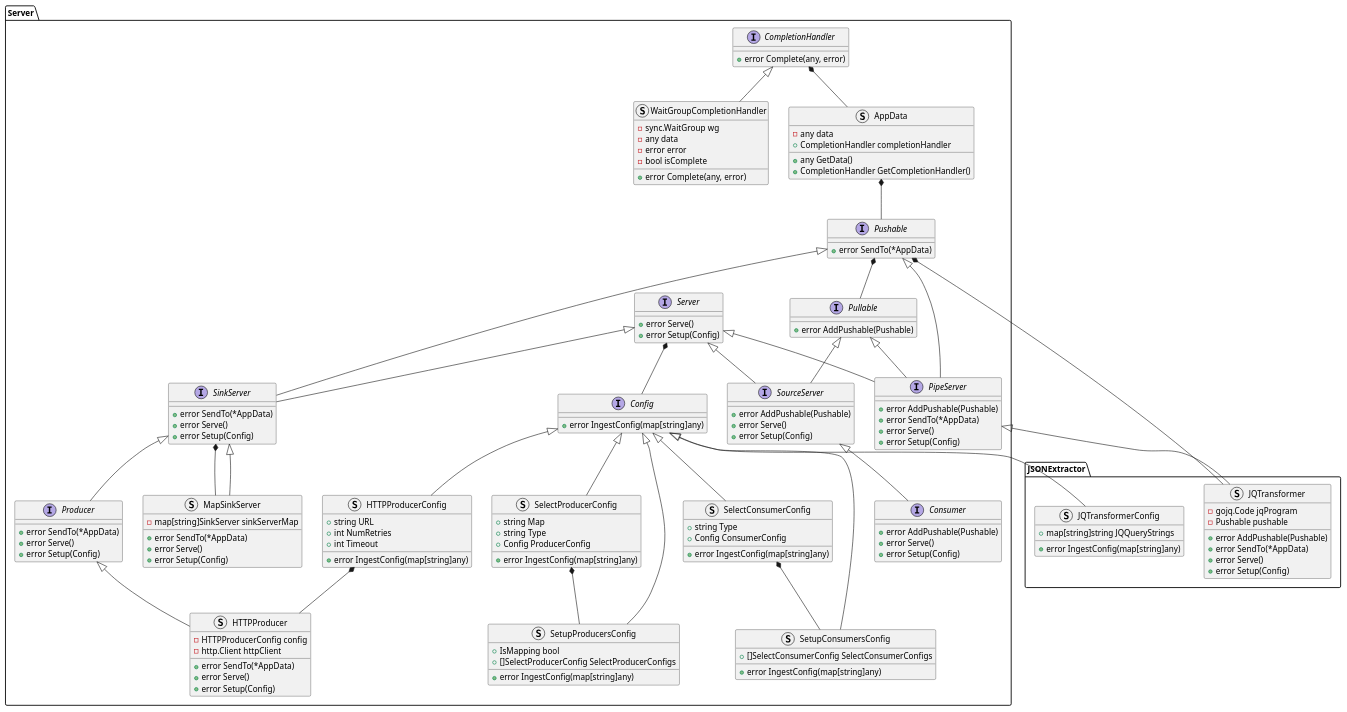
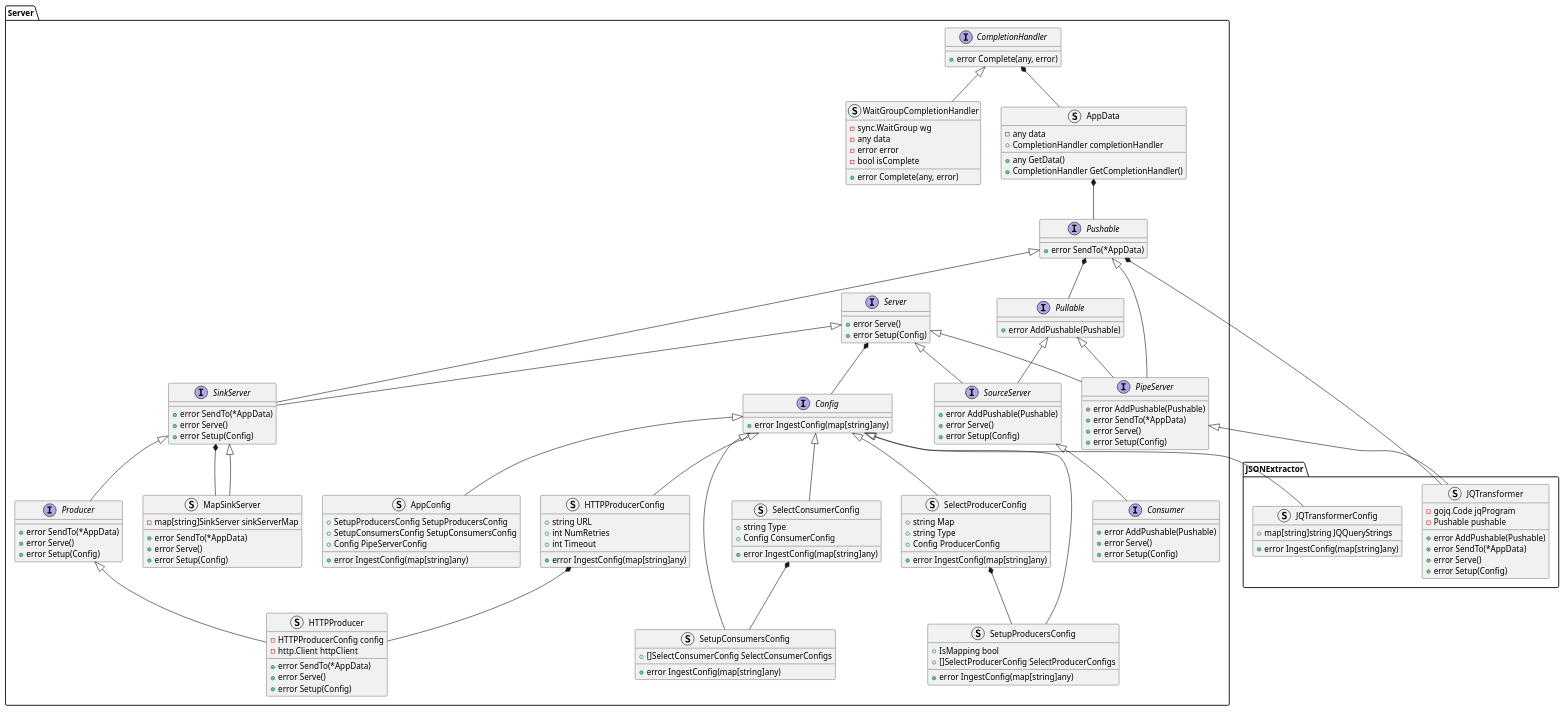
The diagram in docs/design_notes/DN1_JSON_Extractor/class_diagram.puml (xtuml/otel2pv), drawn with PlantUML before and after one commit. The commit also changed 7 other files, not shown here.

First line of the commit message:
Cdsopv 86 create app config struct (#45)

```diff
--- a/docs/design_notes/DN1_JSON_Extractor/class_diagram.puml
+++ b/docs/design_notes/DN1_JSON_Extractor/class_diagram.puml
@@ -1,144 +1,151 @@
 @startuml
 namespace JSONExtractor {
     struct JQTransformerConfig {
         +map[string]string JQQueryStrings
         +error IngestConfig(map[string]any)
     }
     struct JQTransformer {
         -gojq.Code jqProgram
         -Pushable pushable
         +error AddPushable(Pushable)
         +error SendTo(*AppData)
         +error Serve()
         +error Setup(Config)
     }
 }
 namespace Server {
     interface CompletionHandler {
         +error Complete(any, error)
     }
     struct WaitGroupCompletionHandler {
         -sync.WaitGroup wg
         -any data
         -error error
         -bool isComplete
         +error Complete(any, error)
     }
     struct AppData {
         -any data
         +CompletionHandler completionHandler
         +any GetData()
         +CompletionHandler GetCompletionHandler()
     }
     interface Server {
         +error Serve()
         +error Setup(Config)
     }
     interface Pullable {
         +error AddPushable(Pushable)
     }
     interface Pushable {
         +error SendTo(*AppData)
     }
     interface SourceServer {
         +error AddPushable(Pushable)
         +error Serve()
         +error Setup(Config)
     }
     interface SinkServer {
         +error SendTo(*AppData)
         +error Serve()
         +error Setup(Config)
     }
     interface PipeServer {
         +error AddPushable(Pushable)
         +error SendTo(*AppData)
         +error Serve()
         +error Setup(Config)
     }
     interface Producer {
         +error SendTo(*AppData)
         +error Serve()
         +error Setup(Config)
     }
     struct HTTPProducer {
         -HTTPProducerConfig config
         -http.Client httpClient
         +error SendTo(*AppData)
         +error Serve()
         +error Setup(Config)
     }
     interface Consumer {
         +error AddPushable(Pushable)
         +error Serve()
         +error Setup(Config)
     }
     struct MapSinkServer {
         -map[string]SinkServer sinkServerMap
         +error SendTo(*AppData)
         +error Serve()
         +error Setup(Config)
     }
     interface Config {
         +error IngestConfig(map[string]any)
     }
     struct HTTPProducerConfig {
         +string URL
         +int NumRetries
         +int Timeout
         +error IngestConfig(map[string]any)
     }
     struct SelectProducerConfig {
         +string Map
         +string Type
         +Config ProducerConfig
         +error IngestConfig(map[string]any)
     }
     struct SetupProducersConfig {
         +IsMapping bool
         +[]SelectProducerConfig SelectProducerConfigs
         +error IngestConfig(map[string]any)
     }
     struct SelectConsumerConfig {
         +string Type
         +Config ConsumerConfig
         +error IngestConfig(map[string]any)
     }
     struct SetupConsumersConfig {
         +[]SelectConsumerConfig SelectConsumerConfigs
         +error IngestConfig(map[string]any)
     }
+    struct AppConfig {
+        +SetupProducersConfig SetupProducersConfig
+        +SetupConsumersConfig SetupConsumersConfig
+        +Config PipeServerConfig
+        +error IngestConfig(map[string]any)
+    }
 }
 Server.CompletionHandler <|-- Server.WaitGroupCompletionHandler
 Server.CompletionHandler *-- Server.AppData
 Server.AppData *-- Server.Pushable
 Server.Server <|-- Server.SourceServer
 Server.Pushable *-- Server.Pullable
 Server.Pullable <|-- Server.SourceServer
 Server.Server <|-- Server.SinkServer
 Server.Pushable <|-- Server.SinkServer
 Server.Pushable <|-- Server.PipeServer
 Server.Pullable <|-- Server.PipeServer
 Server.Server <|-- Server.PipeServer
 
 Server.SinkServer <|-- Server.Producer
 Server.SinkServer *-- Server.MapSinkServer
 Server.SinkServer <|-- Server.MapSinkServer
 Server.SourceServer <|-- Server.Consumer
 
 Server.PipeServer <|-- JSONExtractor.JQTransformer
 Server.Pushable *-- JSONExtractor.JQTransformer
 
 
 Server.Server *-- Server.Config
 Server.Config <|-- JSONExtractor.JQTransformerConfig
 Server.Config <|-- Server.HTTPProducerConfig
 Server.Config <|-- Server.SelectProducerConfig
 Server.Config <|-- Server.SetupProducersConfig
 Server.Config <|-- Server.SelectConsumerConfig
 Server.Config <|-- Server.SetupConsumersConfig
+Server.Config <|-- Server.AppConfig
 Server.SelectProducerConfig *-- Server.SetupProducersConfig
 Server.SelectConsumerConfig *-- Server.SetupConsumersConfig
 Server.Producer <|-- Server.HTTPProducer
 Server.HTTPProducerConfig *-- Server.HTTPProducer
 @enduml
```
